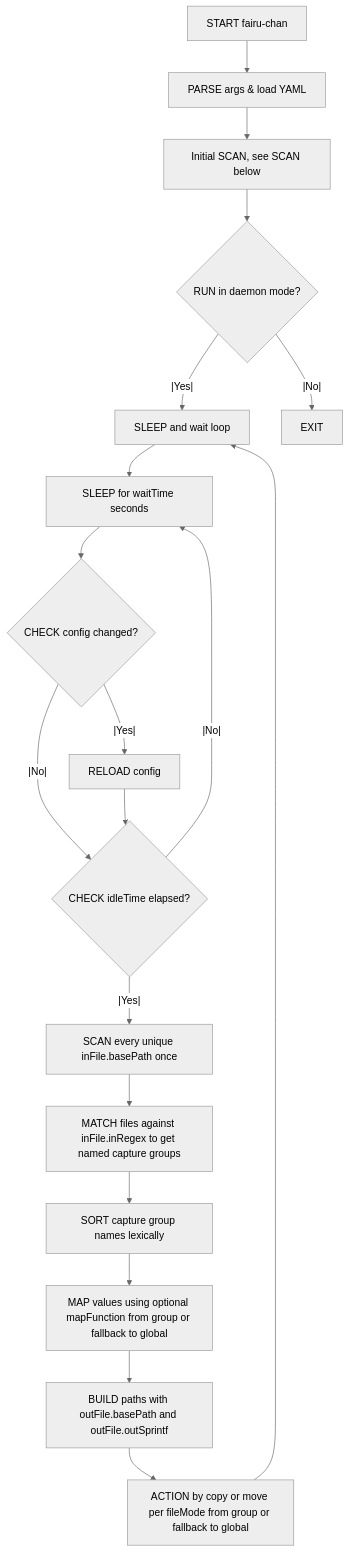
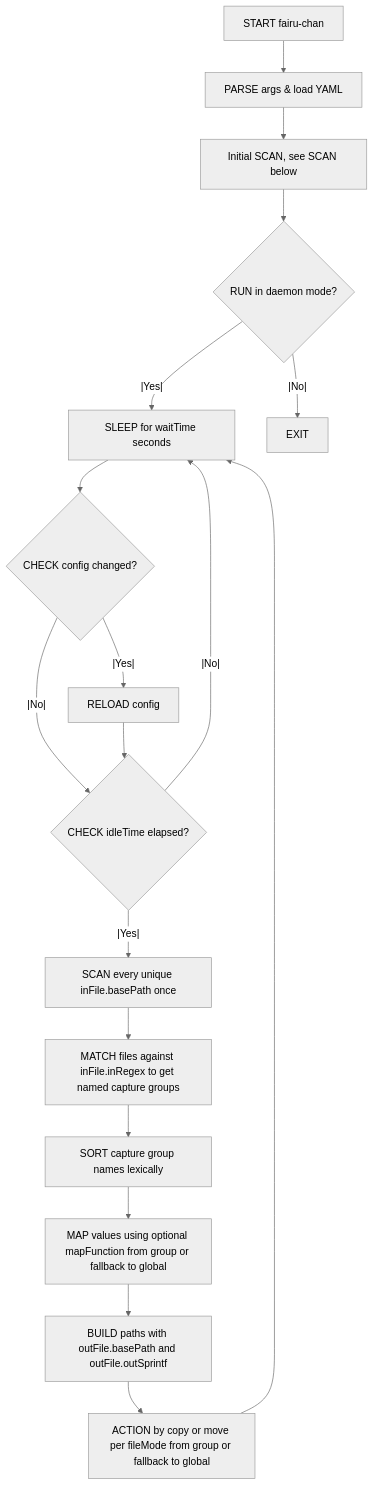
The diagram in README.md (justinnamilee/fairu-chan), drawn with Mermaid (neutral theme) before and after one commit.

Commit message:
drop useless node on README flowchart

````diff
--- a/README.md
+++ b/README.md
@@ -35,24 +35,23 @@
 ```mermaid
 
 graph TD
   A[START fairu-chan] --> B[PARSE args & load YAML]
   B --> C[Initial SCAN, see SCAN below]
   C --> D{RUN in daemon mode?}
-  D --|Yes|--> E[SLEEP and wait loop]
+  D --|Yes|--> G[SLEEP for waitTime seconds]
   D --|No|--> F[EXIT]
-  E --> G[SLEEP for waitTime seconds]
   G --> H{CHECK config changed?}
   H --|Yes|--> I[RELOAD config]
   H --|No|--> K
   I --> K{CHECK idleTime elapsed?}
   K --|No|--> G
   K --|Yes|--> L[SCAN every unique inFile.basePath once]
   L --> M[MATCH files against inFile.inRegex to get named capture groups]
   M --> N[SORT capture group names lexically]
   N --> O[MAP values using optional mapFunction from group or fallback to global]
   O --> P[BUILD paths with outFile.basePath and outFile.outSprintf]
   P --> Q[ACTION by copy or move per fileMode from group or fallback to global]
-  Q --> E
+  Q --> G
 
 
 ```
````
